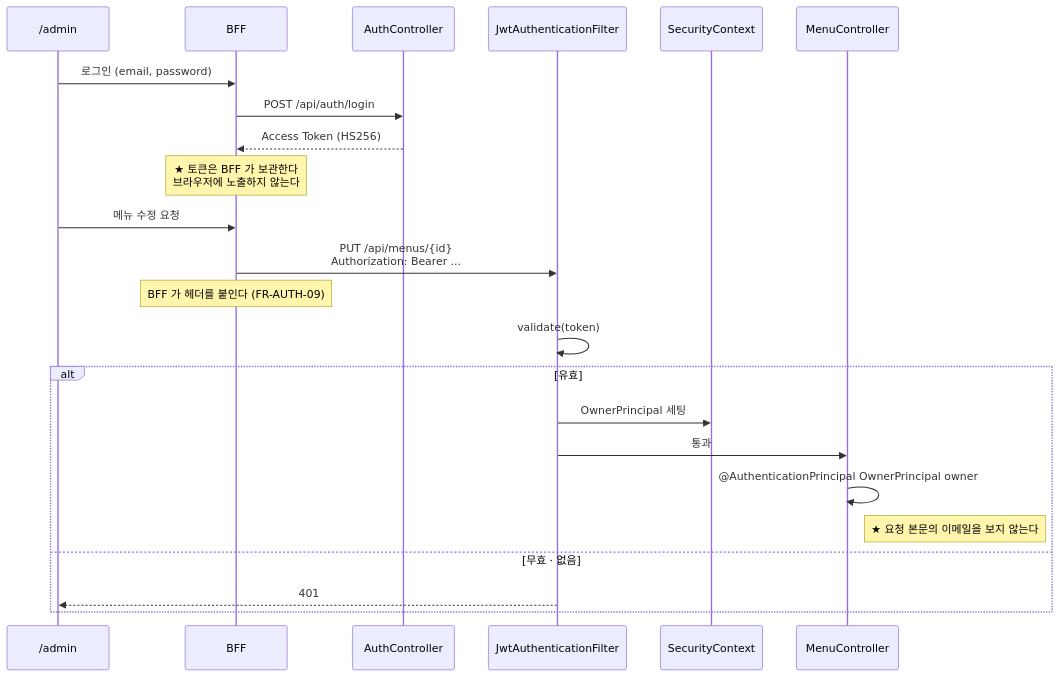
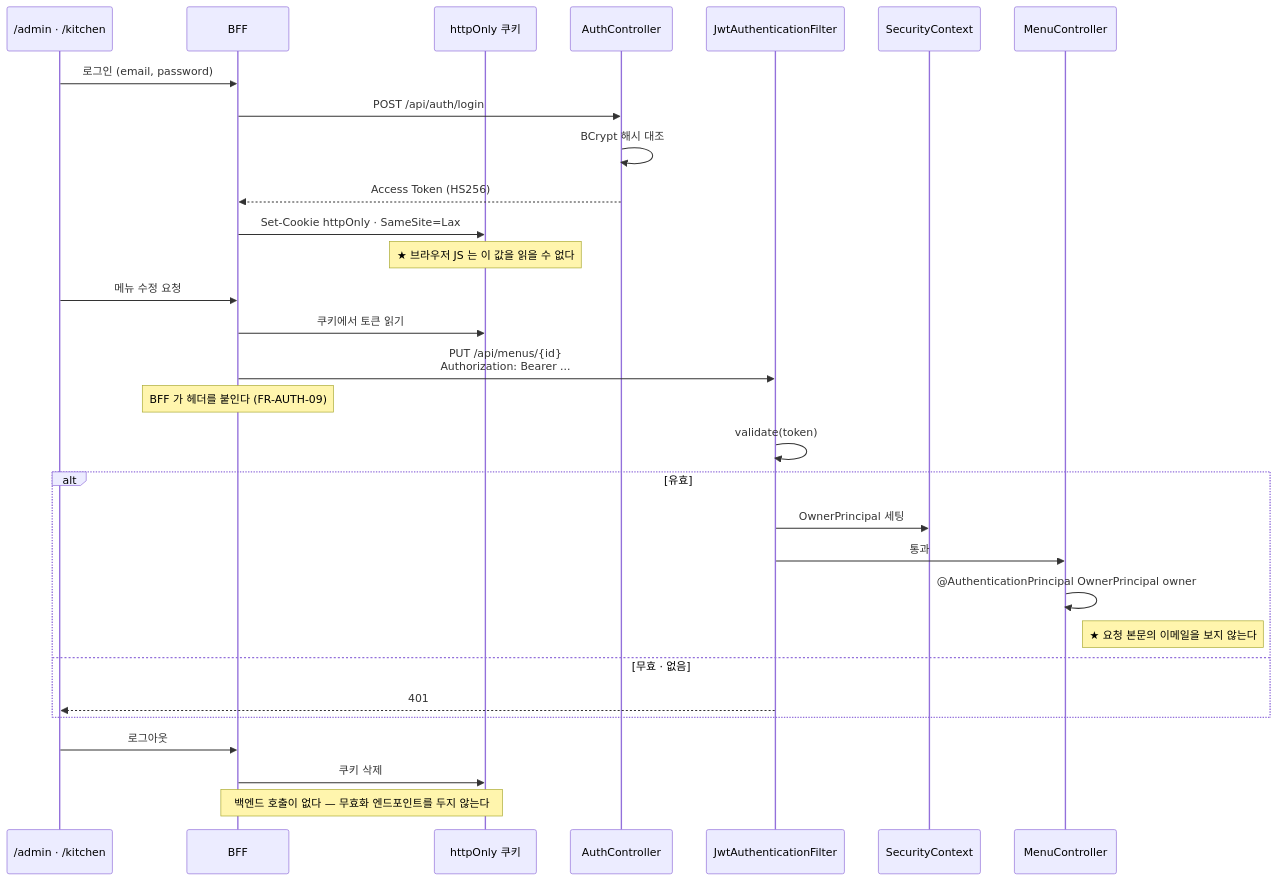
The seventh of 8 diagrams in docs/design/architecture.md (hhyukk/cafe-kiosk), drawn with Mermaid before and after one commit. The commit also changed other lines of this file, not shown here.

````diff
--- a/docs/design/architecture.md
+++ b/docs/design/architecture.md
@@ -409,27 +412,35 @@
 ```mermaid
 sequenceDiagram
-    participant A as /admin
+    participant A as /admin · /kitchen
     participant F as BFF
+    participant CK as httpOnly 쿠키
     participant AC as AuthController
     participant FL as JwtAuthenticationFilter
     participant SC as SecurityContext
     participant C as MenuController
 
     A->>F: 로그인 (email, password)
     F->>AC: POST /api/auth/login
+    AC->>AC: BCrypt 해시 대조
     AC-->>F: Access Token (HS256)
-    Note over F: ★ 토큰은 BFF 가 보관한다<br/>브라우저에 노출하지 않는다
+    F->>CK: Set-Cookie httpOnly · SameSite=Lax
+    Note over CK: ★ 브라우저 JS 는 이 값을 읽을 수 없다
 
     A->>F: 메뉴 수정 요청
+    F->>CK: 쿠키에서 토큰 읽기
     F->>FL: PUT /api/menus/{id}<br/>Authorization: Bearer ...
     Note over F: BFF 가 헤더를 붙인다 (FR-AUTH-09)
     FL->>FL: validate(token)
     alt 유효
         FL->>SC: OwnerPrincipal 세팅
         FL->>C: 통과
         C->>C: @AuthenticationPrincipal OwnerPrincipal owner
         Note right of C: ★ 요청 본문의 이메일을 보지 않는다
     else 무효 · 없음
         FL-->>A: 401
     end
+
+    A->>F: 로그아웃
+    F->>CK: 쿠키 삭제
+    Note over F,CK: 백엔드 호출이 없다 — 무효화 엔드포인트를 두지 않는다
 ```
````
